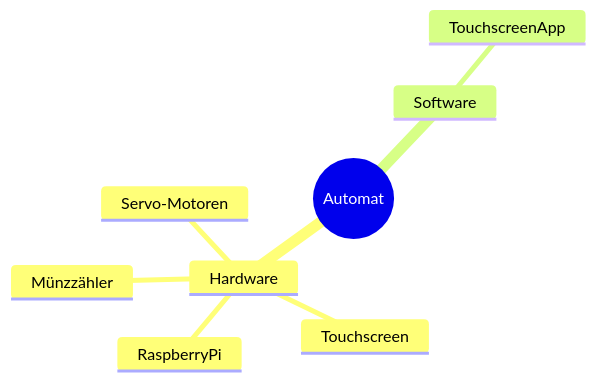
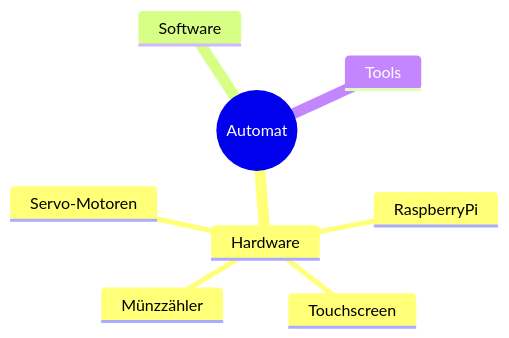
The diagram in README.md (Darabrob/Projekt_Automat), drawn with Mermaid before and after one commit.

````diff
--- a/README.md
+++ b/README.md
@@ -3,12 +3,12 @@
 ```mermaid
 mindmap
   root((Automat))
     Hardware
       RaspberryPi
       Touchscreen
       Münzzähler
       Servo-Motoren
     Software
-      TouchscreenApp
+    Tools
       
 ```
````
